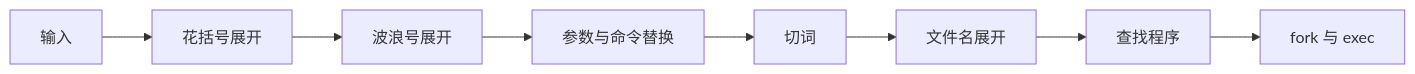
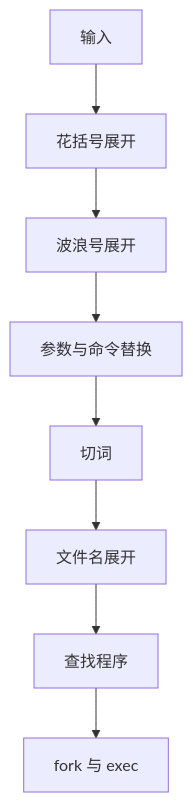
The diagram in docs/ms/00/command-journey.md (csfive/home), drawn with Mermaid before and after one commit. The commit also changed 164 other files, not shown here.

````diff
--- a/docs/ms/00/command-journey.md
+++ b/docs/ms/00/command-journey.md
@@ -12,4 +12,10 @@
 ```mermaid
-flowchart LR
-  A[输入] --> B[花括号展开] --> C[波浪号展开] --> D[参数与命令替换] --> E[切词] --> F[文件名展开] --> G[查找程序] --> H[fork 与 exec]
+flowchart TD
+  A[输入] --> B[花括号展开]
+  B --> C[波浪号展开]
+  C --> D[参数与命令替换]
+  D --> E[切词]
+  E --> F[文件名展开]
+  F --> G[查找程序]
+  G --> H[fork 与 exec]
 ```
````
